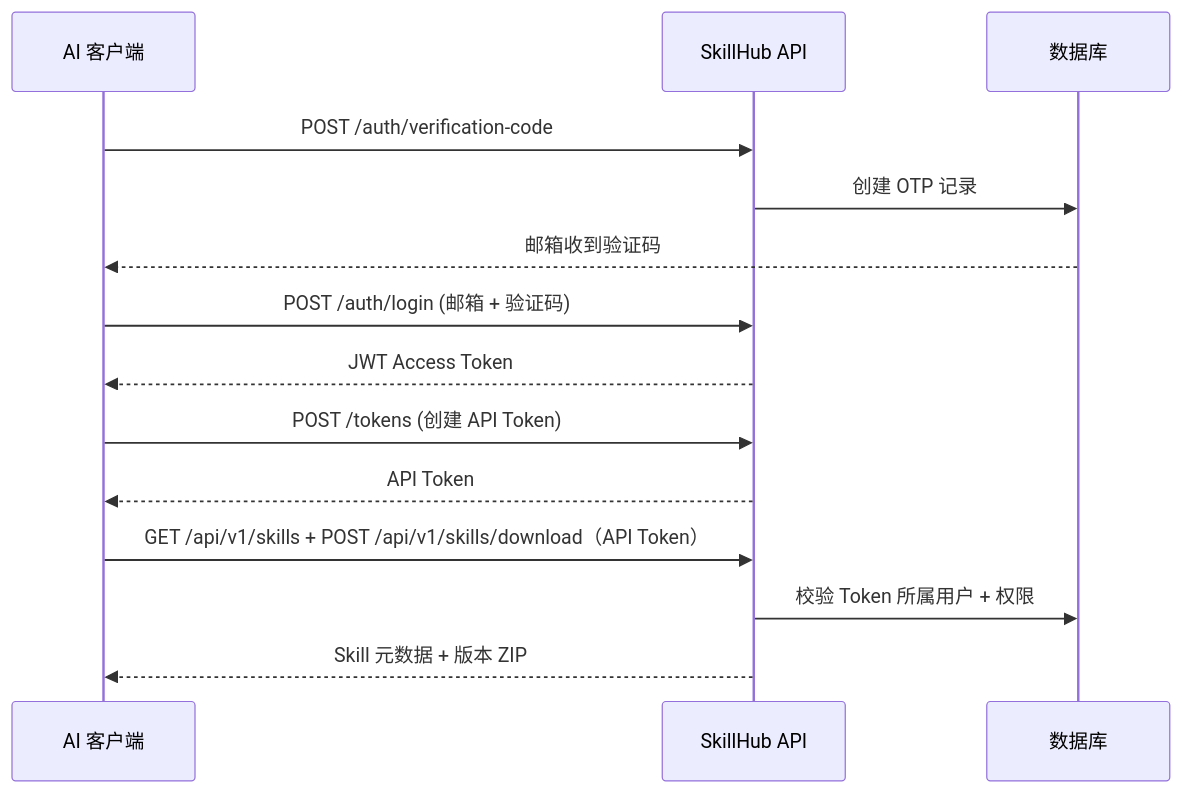
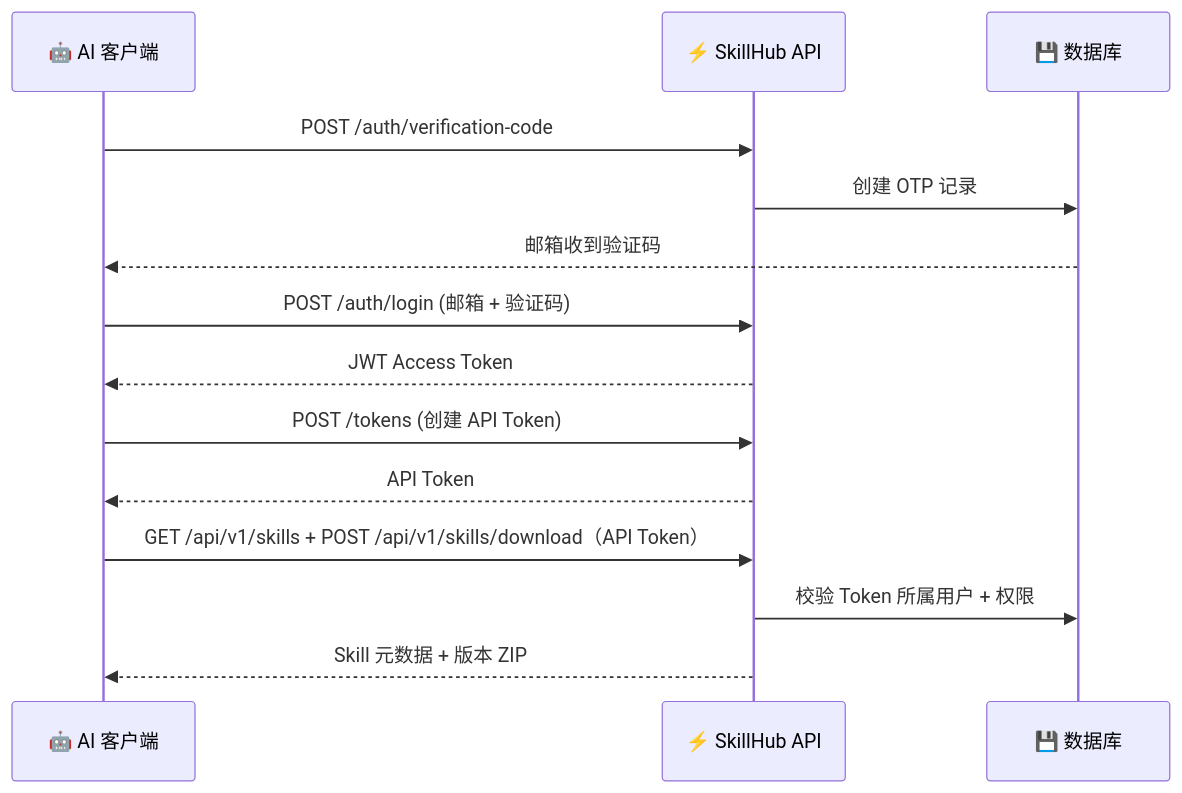
One commit to jiabai/open-skillhub changed the second of 2 diagrams in README-zh.md. Above: the diagram before and after it, drawn with Mermaid. The commit also changed other lines of this file and 33 other files, not shown here.

First line of the commit message:
refactor: 将项目名称从 Open SkillHub 统一更改为 SkillDrive

````diff
--- a/README-zh.md
+++ b/README-zh.md
@@ -252,20 +342,20 @@
 ```mermaid
 sequenceDiagram
-    participant Client as AI 客户端
-    participant API as SkillHub API
-    participant DB as 数据库
+    participant Client as 🤖 AI 客户端
+    participant API as ⚡ SkillHub API
+    participant DB as 💾 数据库
 
     Client->>API: POST /auth/verification-code
     API->>DB: 创建 OTP 记录
     DB-->>Client: 邮箱收到验证码
-    
+
     Client->>API: POST /auth/login (邮箱 + 验证码)
     API-->>Client: JWT Access Token
-    
+
     Client->>API: POST /tokens (创建 API Token)
     API-->>Client: API Token
-    
+
     Client->>API: GET /api/v1/skills + POST /api/v1/skills/download（API Token）
     API->>DB: 校验 Token 所属用户 + 权限
     API-->>Client: Skill 元数据 + 版本 ZIP
 ```
````
